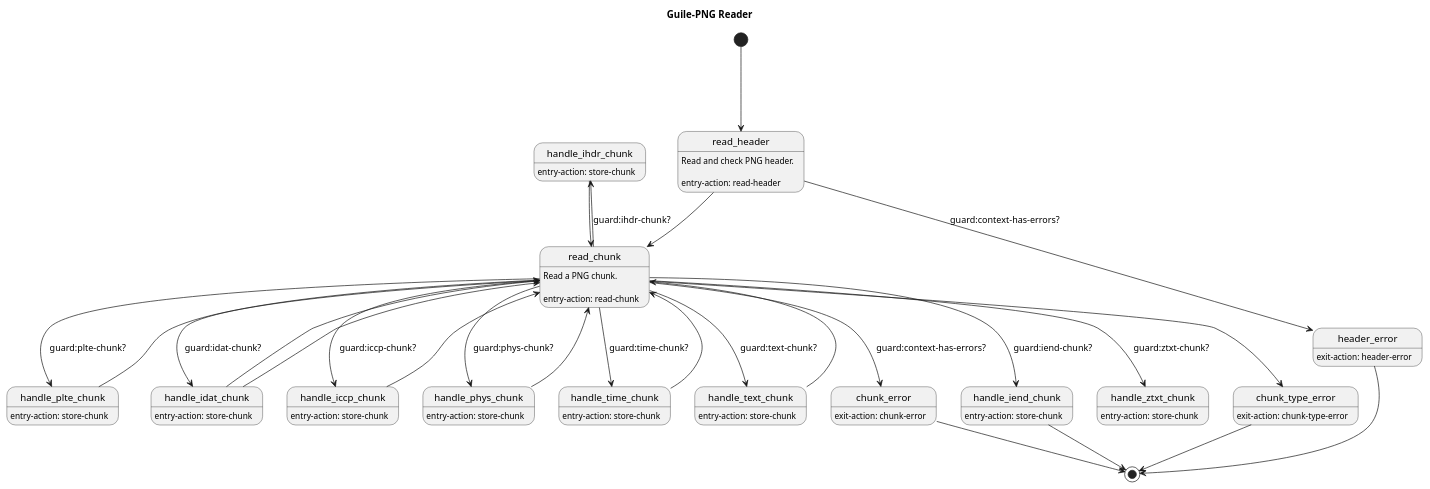
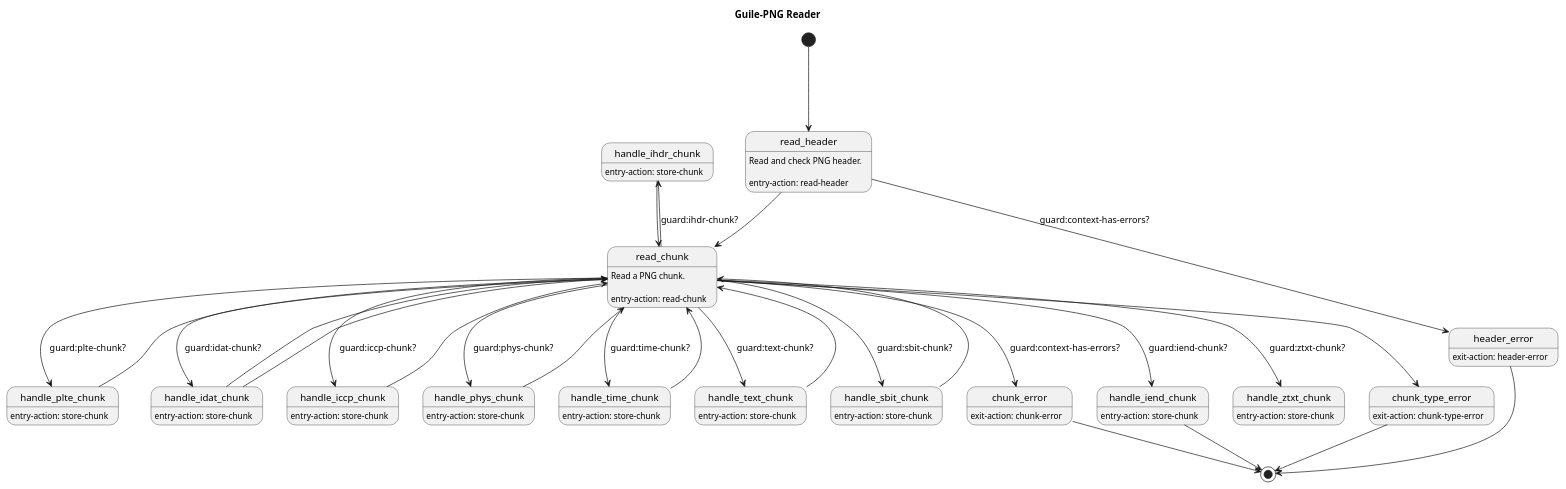
Before and after one commit to artyom-poptsov/guile-png: the diagram in modules/png/fsm.puml, drawn with PlantUML. The commit also changed 1 other file, not shown here.

Commit message:
modules/png/fsm: Handle sBIT chunks
* modules/png/fsm.puml: Handle sBIT chunks.
* modules/png/fsm-context.scm: Update.

```diff
--- a/modules/png/fsm.puml
+++ b/modules/png/fsm.puml
@@ -1,64 +1,68 @@
 @startuml
 
 title Guile-PNG Reader
 
 [*] ---> read_header
 
 read_header: Read and check PNG header.
 read_header:
 read_header: entry-action: read-header
 read_header --> header_error: guard:context-has-errors?
 read_header --> read_chunk
 
 header_error: exit-action: header-error
 header_error --> [*]
 
 read_chunk: Read a PNG chunk.
 read_chunk:
 read_chunk: entry-action: read-chunk
 read_chunk --> chunk_error: guard:context-has-errors?
 read_chunk --> handle_ihdr_chunk: guard:ihdr-chunk?
 read_chunk --> handle_plte_chunk: guard:plte-chunk?
 read_chunk --> handle_idat_chunk: guard:idat-chunk?
 read_chunk --> handle_iend_chunk: guard:iend-chunk?
 read_chunk --> handle_ztxt_chunk: guard:ztxt-chunk?
 read_chunk --> handle_iccp_chunk: guard:iccp-chunk?
 read_chunk --> handle_phys_chunk: guard:phys-chunk?
 read_chunk --> handle_time_chunk: guard:time-chunk?
 read_chunk --> handle_text_chunk: guard:text-chunk?
+read_chunk --> handle_sbit_chunk: guard:sbit-chunk?
 read_chunk --> chunk_type_error
 
 handle_ihdr_chunk: entry-action: store-chunk
 handle_ihdr_chunk -> read_chunk
 
 handle_plte_chunk: entry-action: store-chunk
 handle_plte_chunk -> read_chunk
 
 handle_idat_chunk: entry-action: store-chunk
 handle_idat_chunk -> read_chunk
 
 handle_ztxt_chunk: entry-action: store-chunk
 handle_idat_chunk -> read_chunk
 
 handle_iend_chunk: entry-action: store-chunk
 handle_iend_chunk --> [*]
 
 handle_iccp_chunk: entry-action: store-chunk
 handle_iccp_chunk -> read_chunk
 
 handle_phys_chunk: entry-action: store-chunk
 handle_phys_chunk -> read_chunk
 
 handle_time_chunk: entry-action: store-chunk
 handle_time_chunk -> read_chunk
 
 handle_text_chunk: entry-action: store-chunk
 handle_text_chunk -> read_chunk
 
+handle_sbit_chunk: entry-action: store-chunk
+handle_sbit_chunk -> read_chunk
+
 chunk_type_error: exit-action: chunk-type-error
 chunk_type_error --> [*]
 
 chunk_error: exit-action: chunk-error
 chunk_error --> [*]
 
 @enduml
```
